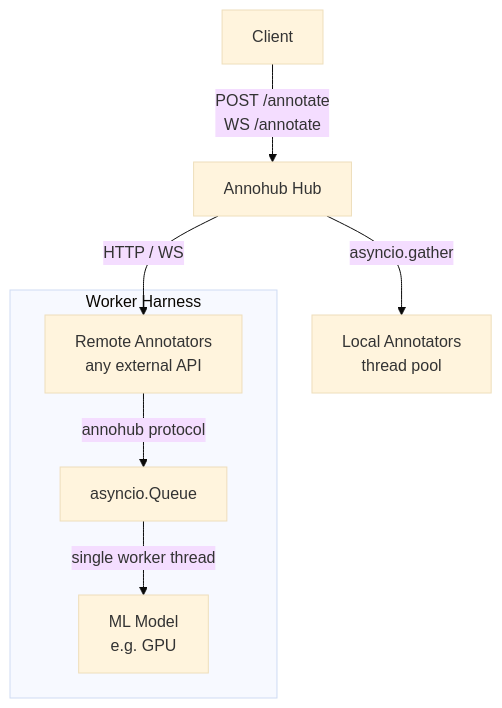
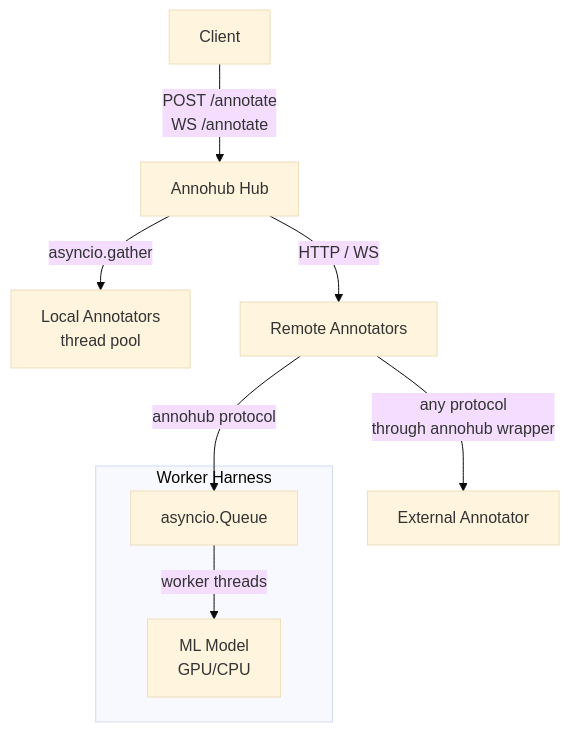
The diagram in README.md (GhentCDH/annophis-mlhub), drawn with Mermaid (base theme) before and after one commit. The commit also changed other lines of this file, not shown here.

Commit message:
chore: improve architecture diagram

````diff
--- a/README.md
+++ b/README.md
@@ -9,12 +9,14 @@
 ```mermaid
 graph TD
     Client -->|POST /annotate\nWS /annotate| Hub[Annohub Hub]
 
     Hub -->|asyncio.gather| Local[Local Annotators\nthread pool]
-    Hub -->|HTTP / WS| Remote[Remote Annotators\nany external API]
+    Hub -->|HTTP / WS| Remote[Remote Annotators]
+    Remote -->|annohub protocol| Queue[asyncio.Queue]
 
     subgraph Worker Harness
-        Remote -->|annohub protocol| Queue[asyncio.Queue]
-        Queue -->|single worker thread| Model[ML Model\ne.g. GPU]
+        Queue -->|worker threads| Model[ML Model\nGPU/CPU]
     end
+
+    Remote -->|any protocol\n through annohub wrapper| External[External Annotator]
 ```
````
